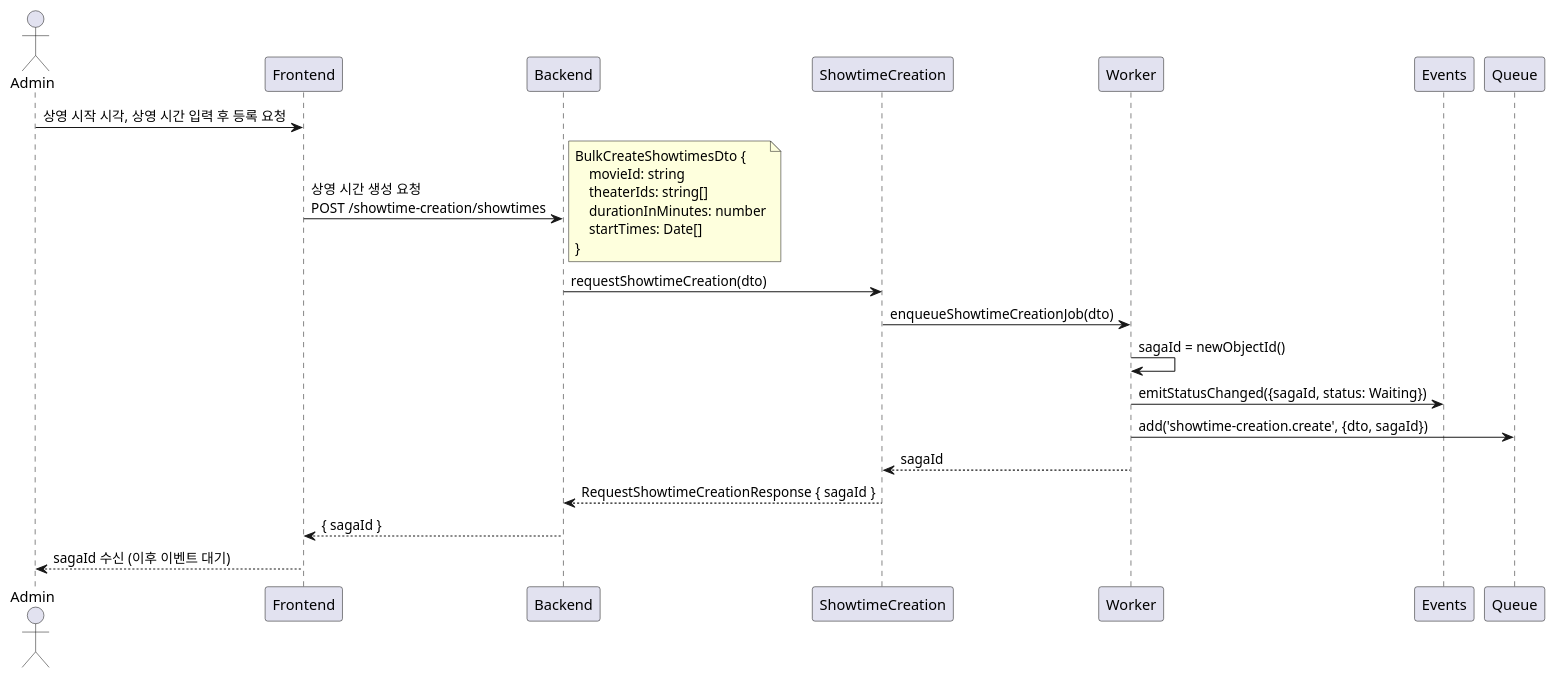
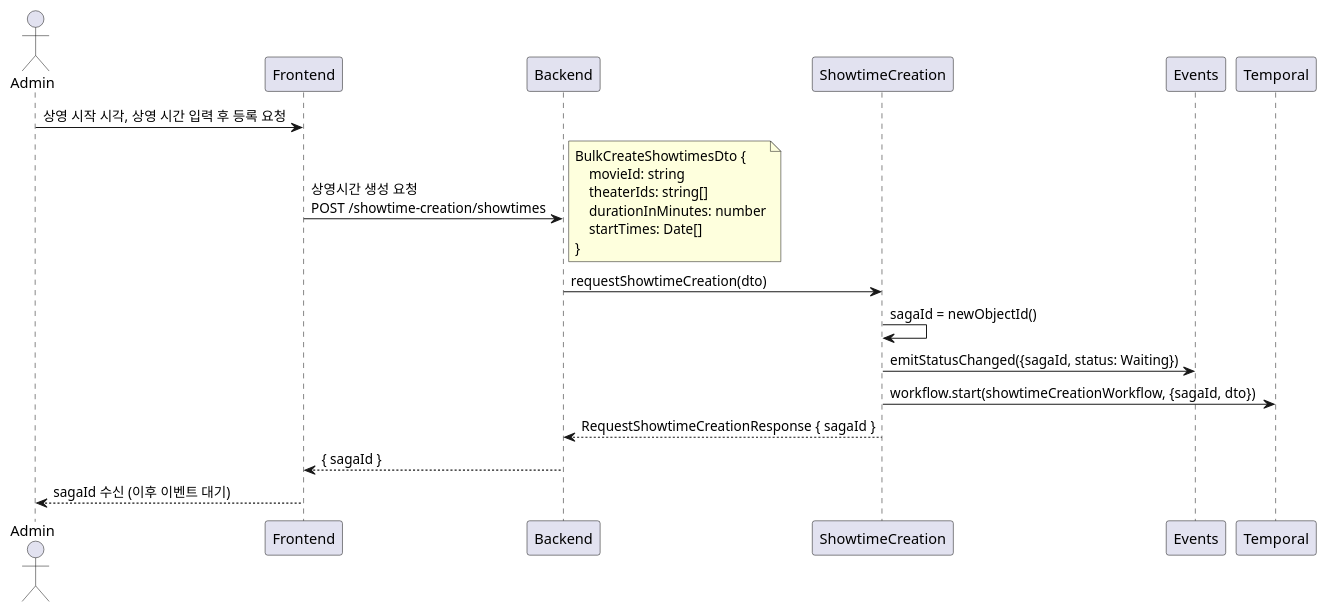
The second of 3 diagrams in docs/designs/showtime-creation.md (mannercode/nest-mono), drawn with PlantUML before and after one commit. The commit also changed other lines of this file and 8 other files, not shown here.

````diff
--- a/docs/designs/showtime-creation.md
+++ b/docs/designs/showtime-creation.md
@@ -76,25 +76,23 @@
 ```plantuml
 @startuml
 actor Admin
 
 Admin -> Frontend: 상영 시작 시각, 상영 시간 입력 후 등록 요청
-    Frontend -> Backend: 상영 시간 생성 요청\nPOST /showtime-creation/showtimes
+    Frontend -> Backend: 상영시간 생성 요청\nPOST /showtime-creation/showtimes
     note right
     BulkCreateShowtimesDto {
         movieId: string
         theaterIds: string[]
         durationInMinutes: number
         startTimes: Date[]
     }
     end note
         Backend -> ShowtimeCreation: requestShowtimeCreation(dto)
-            ShowtimeCreation -> Worker: enqueueShowtimeCreationJob(dto)
-                Worker -> Worker: sagaId = newObjectId()
-                Worker -> Events: emitStatusChanged({sagaId, status: Waiting})
-                Worker -> Queue: add('showtime-creation.create', {dto, sagaId})
-            ShowtimeCreation <-- Worker: sagaId
+            ShowtimeCreation -> ShowtimeCreation: sagaId = newObjectId()
+            ShowtimeCreation -> Events: emitStatusChanged({sagaId, status: Waiting})
+            ShowtimeCreation -> Temporal: workflow.start(showtimeCreationWorkflow, {sagaId, dto})
         Backend <-- ShowtimeCreation: RequestShowtimeCreationResponse { sagaId }
     Frontend <-- Backend: { sagaId }
 Admin <-- Frontend: sagaId 수신 (이후 이벤트 대기)
 @enduml
 ```
````
